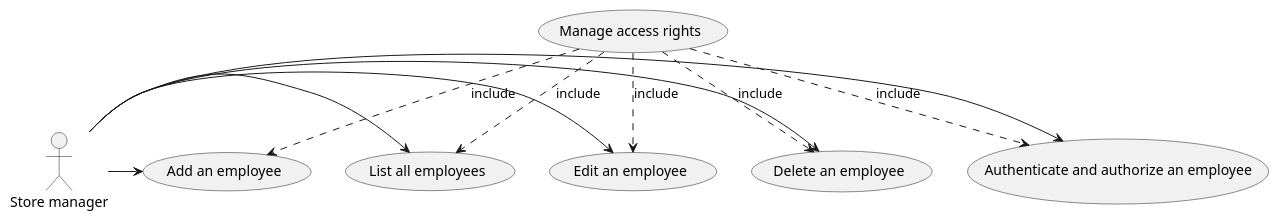
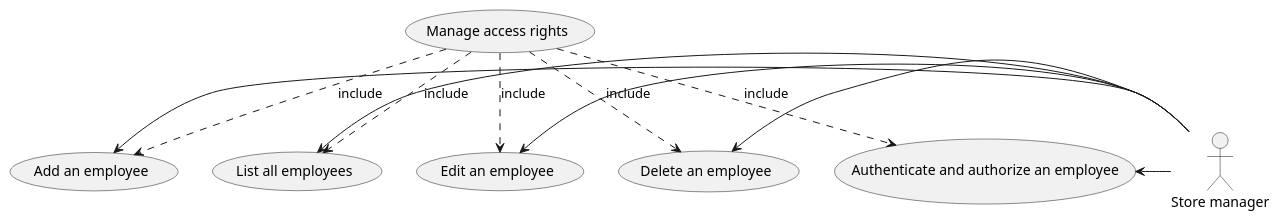
One commit to polito-se2-21-r03/se1-ezshop changed the second of 12 diagrams in Deliverables/RequirementsDocument.md. Above: the diagram before and after it, drawn with PlantUML. The commit also changed other lines of this file, not shown here.

Commit message:
changes about UC2 diagram

````diff
--- a/Deliverables/RequirementsDocument.md
+++ b/Deliverables/RequirementsDocument.md
@@ -196,21 +196,22 @@
 ```plantuml
 "Store manager" as StoreManager
 (Manage access rights) as FR1
 (Add an employee) as UC1.1
 (List all employees) as UC1.2
 (Edit an employee) as UC1.3
 (Delete an employee) as UC1.4
 (Authenticate and authorize an employee) as UC1.5
 
 FR1 ..> UC1.1 :include
 FR1 ..> UC1.2 :include
 FR1 ..> UC1.3 :include
 FR1 ..> UC1.4 :include
 FR1 ..> UC1.5 :include
 
-StoreManager -> UC1.1
-StoreManager -> UC1.2
-StoreManager -> UC1.3
-StoreManager -> UC1.4
-StoreManager -> UC1.5
+UC1.1 <- StoreManager
+UC1.2 <- StoreManager
+UC1.3 <- StoreManager
+UC1.4 <- StoreManager
+UC1.5 <- StoreManager
+
 ```
````
